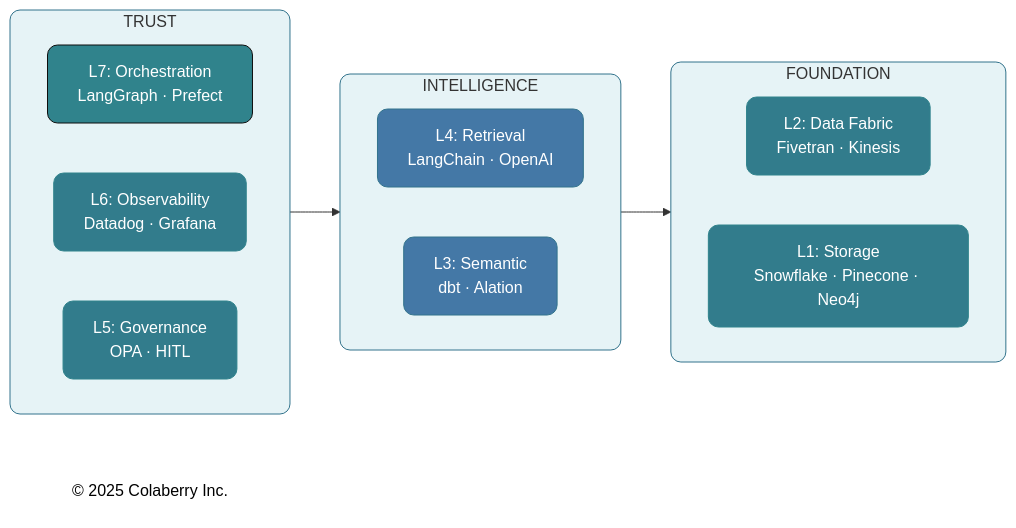
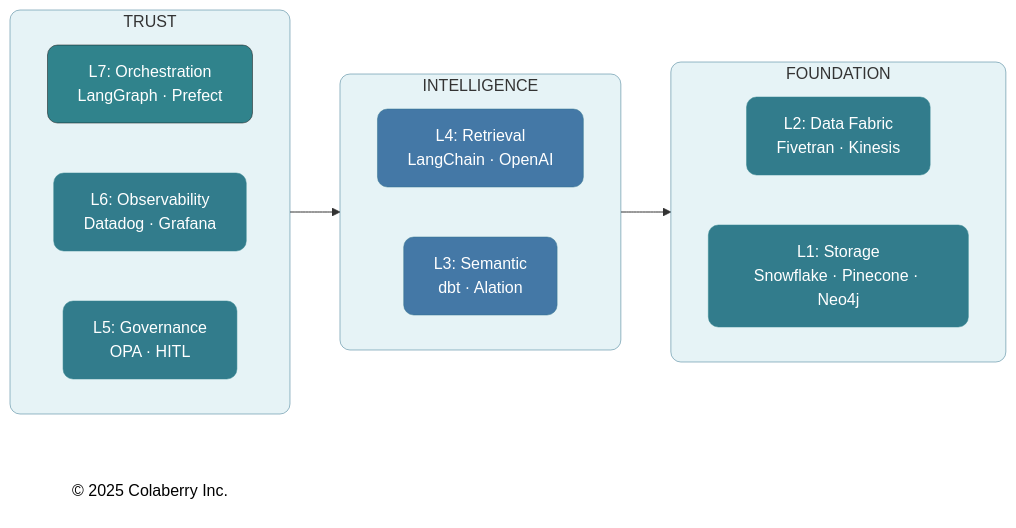
The fifth of 5 diagrams in manuscript/12_chapter_11_technology_selection_guide_v1_2.md (saitejesh-cyber/trust-before-intelligence-book), drawn with Mermaid before and after one commit. The commit also changed other lines of this file and 12 other files, not shown here.

Commit message:
Update stroke width to 0.5px instead of 1px to all the diagrams

````diff
--- a/manuscript/12_chapter_11_technology_selection_guide_v1_2.md
+++ b/manuscript/12_chapter_11_technology_selection_guide_v1_2.md
@@ -1395,39 +1395,39 @@
 ```mermaid
 
 graph LR
     subgraph TRUST["TRUST"]
         direction LR
         L7["L7: Orchestration<br/>LangGraph · Prefect"]
         L6["L6: Observability<br/>Datadog · Grafana"]
         L5["L5: Governance<br/>OPA · HITL"]
     end
     
     subgraph INTEL["INTELLIGENCE"]
         direction LR
         L4["L4: Retrieval<br/>LangChain · OpenAI"]
         L3["L3: Semantic<br/>dbt · Alation"]
     end
     
     subgraph FOUND["FOUNDATION"]
         direction LR
         L2["L2: Data Fabric<br/>Fivetran · Kinesis"]
         L1["L1: Storage<br/>Snowflake · Pinecone · Neo4j"]
     end
     
     Copyright["© 2025 Colaberry Inc."]
     
     TRUST --> INTEL --> FOUND
     
-    style TRUST fill:#E6F3F6,stroke:#32738C,stroke-width:1px,rx:10,ry:10
-    style INTEL fill:#E6F3F6,stroke:#32738C,stroke-width:1px,rx:10,ry:10
-    style FOUND fill:#E6F3F6,stroke:#32738C,stroke-width:1px,rx:10,ry:10
-    style L7 fill:#30838C,stroke:#0D0D0D,stroke-width:1px,color:#ffffff,rx:10,ry:10
-    style L6 fill:#327C8C,stroke:#30838C,stroke-width:1px,color:#ffffff,rx:10,ry:10
-    style L5 fill:#327C8C,stroke:#30838C,stroke-width:1px,color:#ffffff,rx:10,ry:10
-    style L4 fill:#4478A6,stroke:#32738C,stroke-width:1px,color:#ffffff,rx:10,ry:10
-    style L3 fill:#4478A6,stroke:#32738C,stroke-width:1px,color:#ffffff,rx:10,ry:10
-    style L2 fill:#327C8C,stroke:#30838C,stroke-width:1px,color:#ffffff,rx:10,ry:10
-    style L1 fill:#327C8C,stroke:#30838C,stroke-width:1px,color:#ffffff,rx:10,ry:10
+    style TRUST fill:#E6F3F6,stroke:#32738C,stroke-width:0.5px,rx:10,ry:10
+    style INTEL fill:#E6F3F6,stroke:#32738C,stroke-width:0.5px,rx:10,ry:10
+    style FOUND fill:#E6F3F6,stroke:#32738C,stroke-width:0.5px,rx:10,ry:10
+    style L7 fill:#30838C,stroke:#0D0D0D,stroke-width:0.5px,color:#ffffff,rx:10,ry:10
+    style L6 fill:#327C8C,stroke:#30838C,stroke-width:0.5px,color:#ffffff,rx:10,ry:10
+    style L5 fill:#327C8C,stroke:#30838C,stroke-width:0.5px,color:#ffffff,rx:10,ry:10
+    style L4 fill:#4478A6,stroke:#32738C,stroke-width:0.5px,color:#ffffff,rx:10,ry:10
+    style L3 fill:#4478A6,stroke:#32738C,stroke-width:0.5px,color:#ffffff,rx:10,ry:10
+    style L2 fill:#327C8C,stroke:#30838C,stroke-width:0.5px,color:#ffffff,rx:10,ry:10
+    style L1 fill:#327C8C,stroke:#30838C,stroke-width:0.5px,color:#ffffff,rx:10,ry:10
     style Copyright fill:none,stroke:none,color:#000000
 
 ```
````
